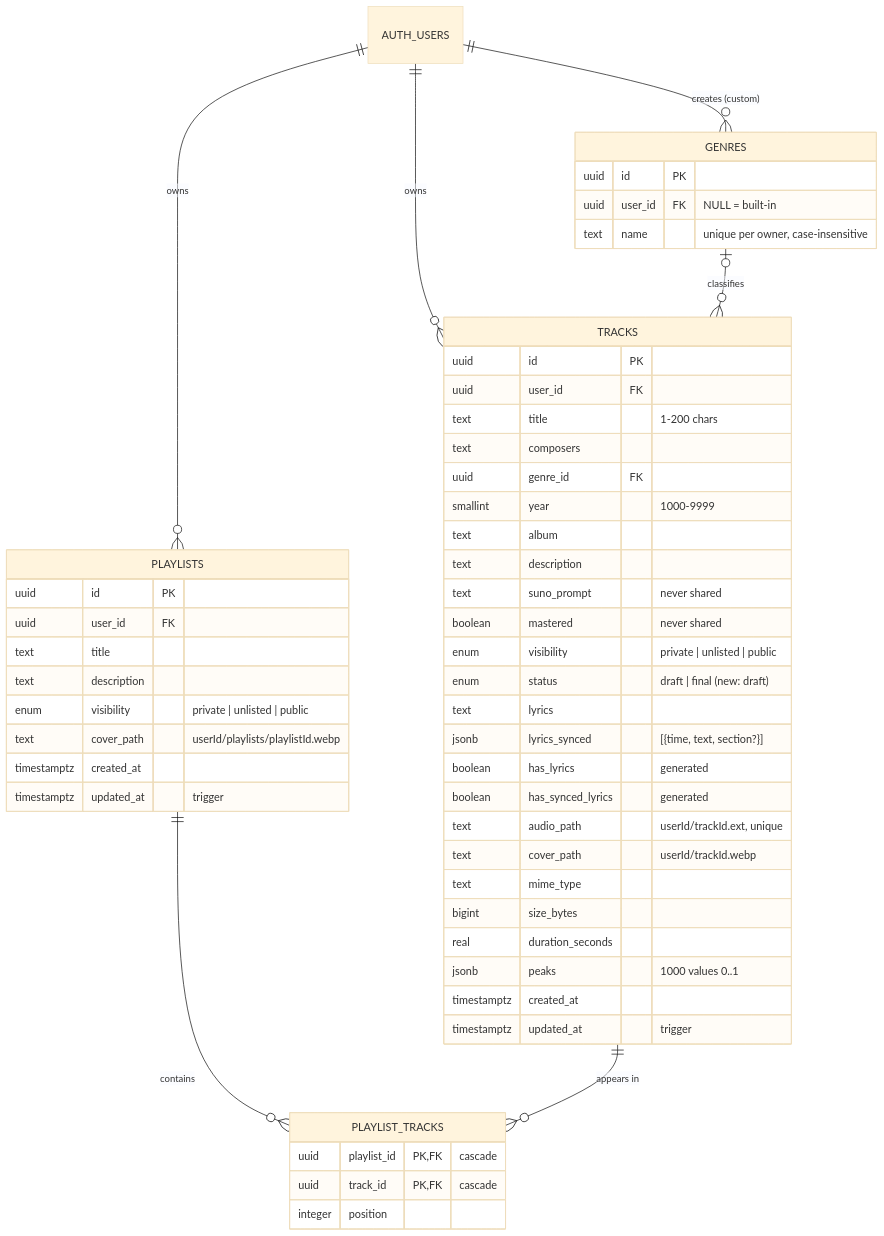
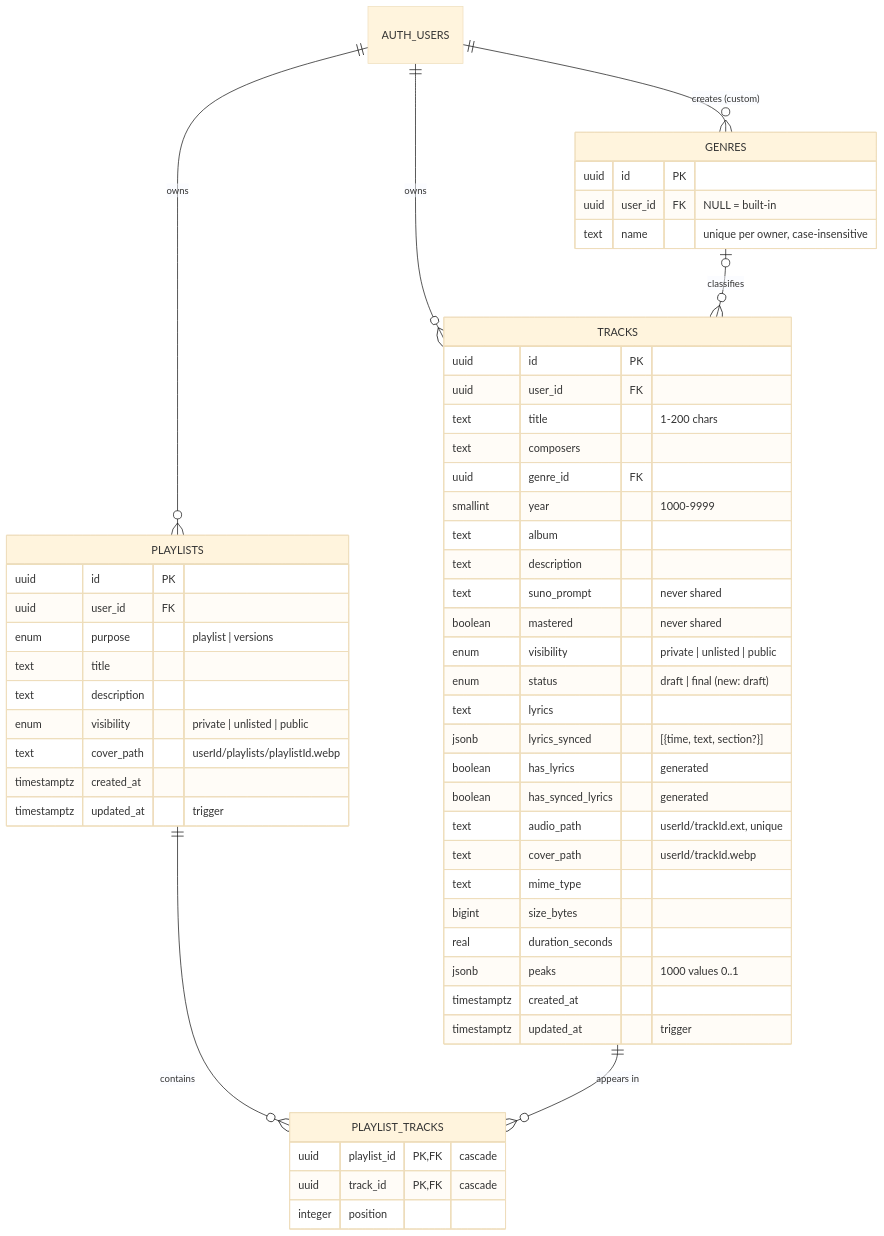
One commit to alesssz/Chronovault changed diagram 13 of 13 in README.md. Above: the diagram before and after it, drawn with Mermaid (base theme). The commit also changed other lines of this file and 28 other files, not shown here.

````diff
--- a/README.md
+++ b/README.md
@@ -849,56 +859,57 @@
 ```mermaid
 erDiagram
   AUTH_USERS ||--o{ TRACKS : owns
   AUTH_USERS ||--o{ GENRES : "creates (custom)"
   GENRES |o--o{ TRACKS : classifies
   AUTH_USERS ||--o{ PLAYLISTS : owns
   PLAYLISTS ||--o{ PLAYLIST_TRACKS : contains
   TRACKS ||--o{ PLAYLIST_TRACKS : "appears in"
 
   TRACKS {
     uuid id PK
     uuid user_id FK
     text title "1-200 chars"
     text composers
     uuid genre_id FK
     smallint year "1000-9999"
     text album
     text description
     text suno_prompt "never shared"
     boolean mastered "never shared"
     enum visibility "private | unlisted | public"
     enum status "draft | final (new: draft)"
     text lyrics
     jsonb lyrics_synced "[{time, text, section?}]"
     boolean has_lyrics "generated"
     boolean has_synced_lyrics "generated"
     text audio_path "userId/trackId.ext, unique"
     text cover_path "userId/trackId.webp"
     text mime_type
     bigint size_bytes
     real duration_seconds
     jsonb peaks "1000 values 0..1"
     timestamptz created_at
     timestamptz updated_at "trigger"
   }
   GENRES {
     uuid id PK
     uuid user_id FK "NULL = built-in"
     text name "unique per owner, case-insensitive"
   }
   PLAYLISTS {
     uuid id PK
     uuid user_id FK
+    enum purpose "playlist | versions"
     text title
     text description
     enum visibility "private | unlisted | public"
     text cover_path "userId/playlists/playlistId.webp"
     timestamptz created_at
     timestamptz updated_at "trigger"
   }
   PLAYLIST_TRACKS {
     uuid playlist_id PK, FK "cascade"
     uuid track_id PK, FK "cascade"
     integer position
   }
 ```
````
